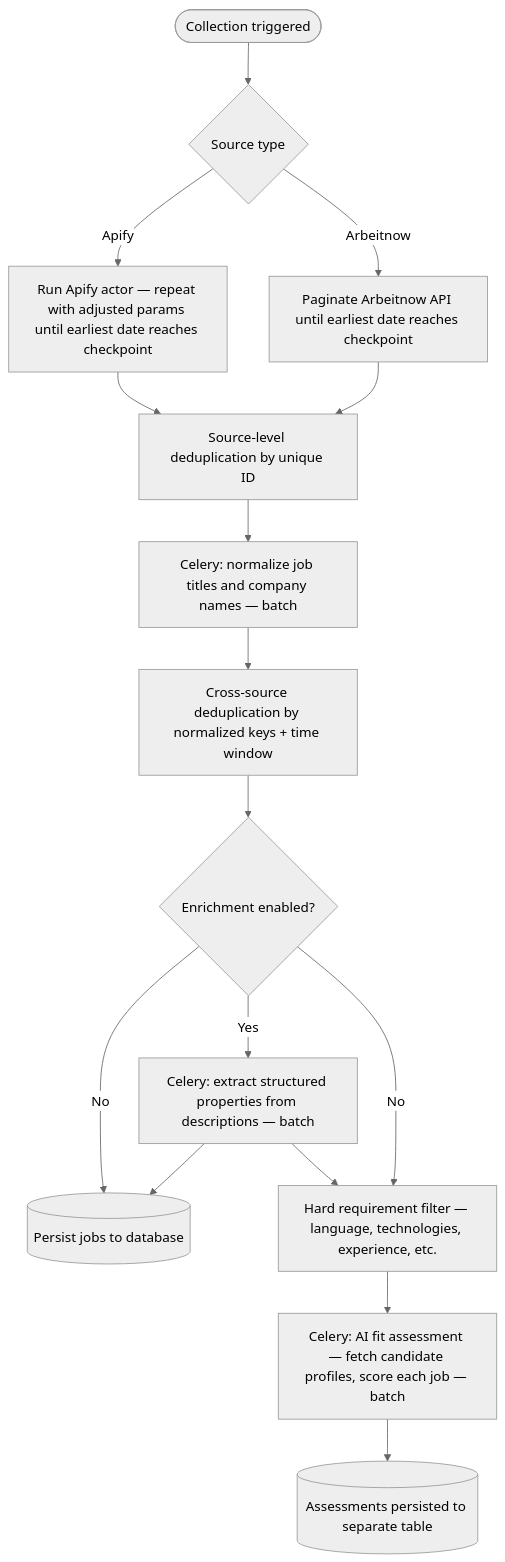
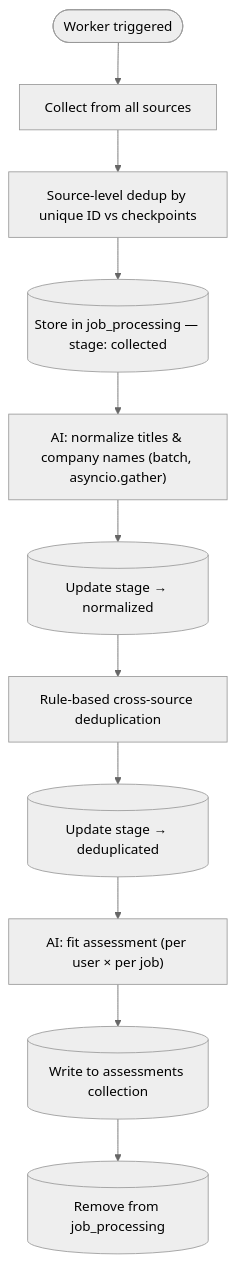
The second of 2 diagrams in README.md (CShadiev/job-aggregator), drawn with Mermaid (neutral theme) before and after one commit. The commit also changed other lines of this file and 1 other file, not shown here.

````diff
--- a/README.md
+++ b/README.md
@@ -117,23 +120,17 @@
 ```mermaid
 flowchart TD
-    A([Collection triggered]) --> B{Source type}
+    A([Worker triggered]) --> B[Collect from all sources]
 
-    B -->|Apify| C["Run Apify actor — repeat with adjusted params until earliest date reaches checkpoint"]
-    B -->|Arbeitnow| D["Paginate Arbeitnow API until earliest date reaches checkpoint"]
+    B --> C[Source-level dedup by unique ID vs checkpoints]
+    C --> D[(Store in job_processing — stage: collected)]
 
-    C --> E[Source-level deduplication by unique ID]
-    D --> E
+    D --> E["AI: normalize titles & company names (batch, asyncio.gather)"]
+    E --> F[(Update stage → normalized)]
 
-    E --> F[Celery: normalize job titles and company names — batch]
-    F --> G[Cross-source deduplication by normalized keys + time window]
-    G --> H{Enrichment enabled?}
-    H -->|Yes| I[Celery: extract structured properties from descriptions — batch]
-    H -->|No| J
+    F --> G[Rule-based cross-source deduplication]
+    G --> H[(Update stage → deduplicated)]
 
-    I --> J[(Persist jobs to database)]
-    I --> L[Hard requirement filter — language, technologies, experience, etc.]
-    H -->|No| L
-
-    L --> M[Celery: AI fit assessment — fetch candidate profiles, score each job — batch]
-    M --> N[(Assessments persisted to separate table)]
+    H --> I["AI: fit assessment (per user × per job)"]
+    I --> J[(Write to assessments collection)]
+    J --> K[(Remove from job_processing)]
 ```
````
